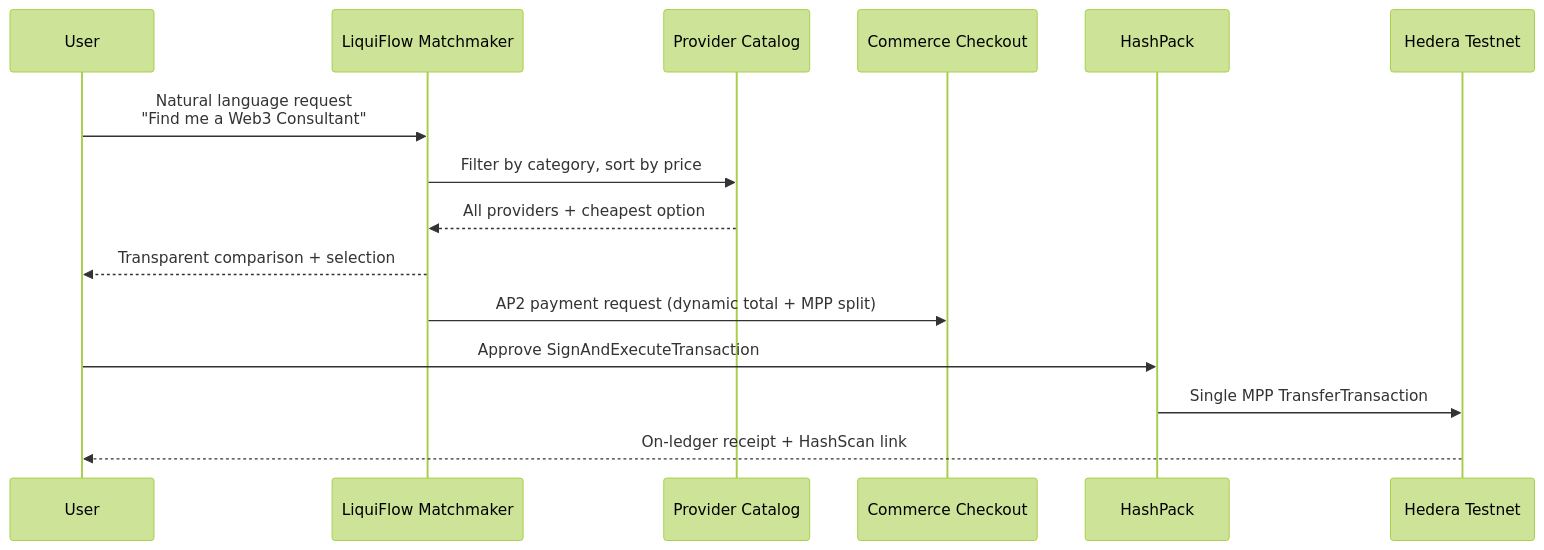
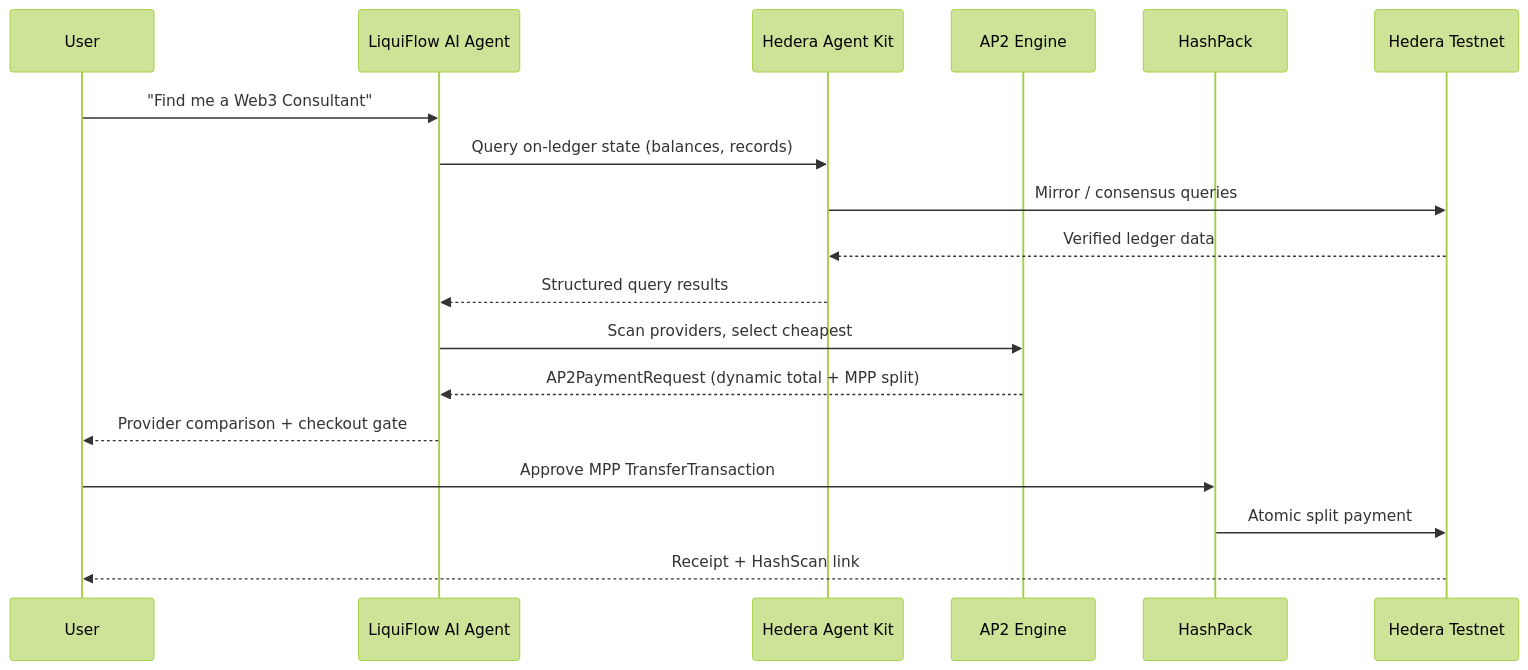
The second of 2 diagrams in README.md (hedera2hashgraphagent/liquiflow-ai), drawn with Mermaid (forest theme) before and after one commit. The commit also changed other lines of this file and 3 other files, not shown here.

````diff
--- a/README.md
+++ b/README.md
@@ -67,18 +119,23 @@
 ```mermaid
 sequenceDiagram
     participant User
-    participant AI as LiquiFlow Matchmaker
-    participant DB as Provider Catalog
-    participant Panel as Commerce Checkout
+    participant Agent as LiquiFlow AI Agent
+    participant HAK as Hedera Agent Kit
+    participant AP2 as AP2 Engine
     participant HashPack
     participant Hedera as Hedera Testnet
 
-    User->>AI: Natural language request<br/>"Find me a Web3 Consultant"
-    AI->>DB: Filter by category, sort by price
-    DB-->>AI: All providers + cheapest option
-    AI-->>User: Transparent comparison + selection
-    AI->>Panel: AP2 payment request (dynamic total + MPP split)
-    User->>HashPack: Approve SignAndExecuteTransaction
-    HashPack->>Hedera: Single MPP TransferTransaction
-    Hedera-->>User: On-ledger receipt + HashScan link
+    User->>Agent: "Find me a Web3 Consultant"
+    Agent->>HAK: Query on-ledger state (balances, records)
+    HAK->>Hedera: Mirror / consensus queries
+    Hedera-->>HAK: Verified ledger data
+    HAK-->>Agent: Structured query results
+
+    Agent->>AP2: Scan providers, select cheapest
+    AP2-->>Agent: AP2PaymentRequest (dynamic total + MPP split)
+    Agent-->>User: Provider comparison + checkout gate
+
+    User->>HashPack: Approve MPP TransferTransaction
+    HashPack->>Hedera: Atomic split payment
+    Hedera-->>User: Receipt + HashScan link
 ```
````
